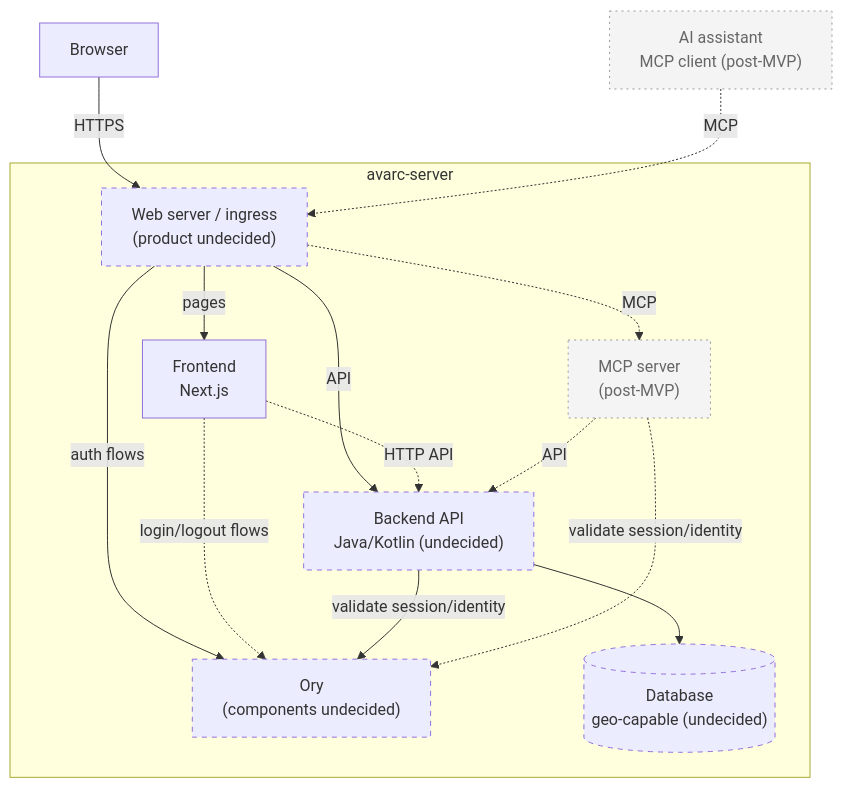
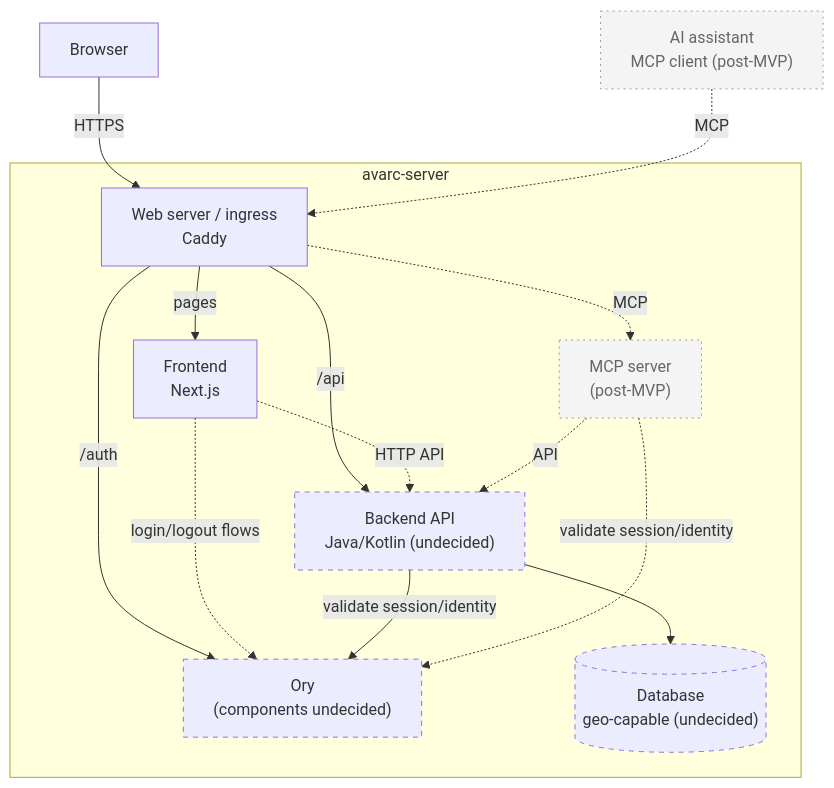
One commit to avarcorg/avarc-server changed the diagram in spec/architecture-diagram.md. Above: the diagram before and after it, drawn with Mermaid. The commit also changed 6 other files, not shown here.

````diff
--- a/spec/architecture-diagram.md
+++ b/spec/architecture-diagram.md
@@ -11,33 +11,33 @@
 ```mermaid
 flowchart TB
     Browser[Browser]
     AIClient["AI assistant<br/>MCP client (post-MVP)"]
 
     subgraph Server["avarc-server"]
-        Ingress["Web server / ingress<br/>(product undecided)"]
+        Ingress["Web server / ingress<br/>Caddy"]
         Frontend["Frontend<br/>Next.js"]
         Backend["Backend API<br/>Java/Kotlin (undecided)"]
         Ory["Ory<br/>(components undecided)"]
         MCP["MCP server<br/>(post-MVP)"]
         DB[("Database<br/>geo-capable (undecided)")]
     end
 
     Browser -- "HTTPS" --> Ingress
     Ingress -- "pages" --> Frontend
-    Ingress -- "API" --> Backend
-    Ingress -- "auth flows" --> Ory
+    Ingress -- "/api" --> Backend
+    Ingress -- "/auth" --> Ory
     Frontend -. "HTTP API" .-> Backend
     Frontend -. "login/logout flows" .-> Ory
     Backend -- "validate session/identity" --> Ory
     Backend --> DB
     AIClient -. "MCP" .-> Ingress
     Ingress -. "MCP" .-> MCP
     MCP -. "API" .-> Backend
     MCP -. "validate session/identity" .-> Ory
 
     classDef undecided stroke-dasharray: 5 5;
-    class Ingress,Backend,Ory,DB undecided;
+    class Backend,Ory,DB undecided;
 
     classDef postmvp stroke-dasharray: 2 4,fill:#f4f4f4,stroke:#999,color:#666;
     class AIClient,MCP postmvp;
 ```
````
